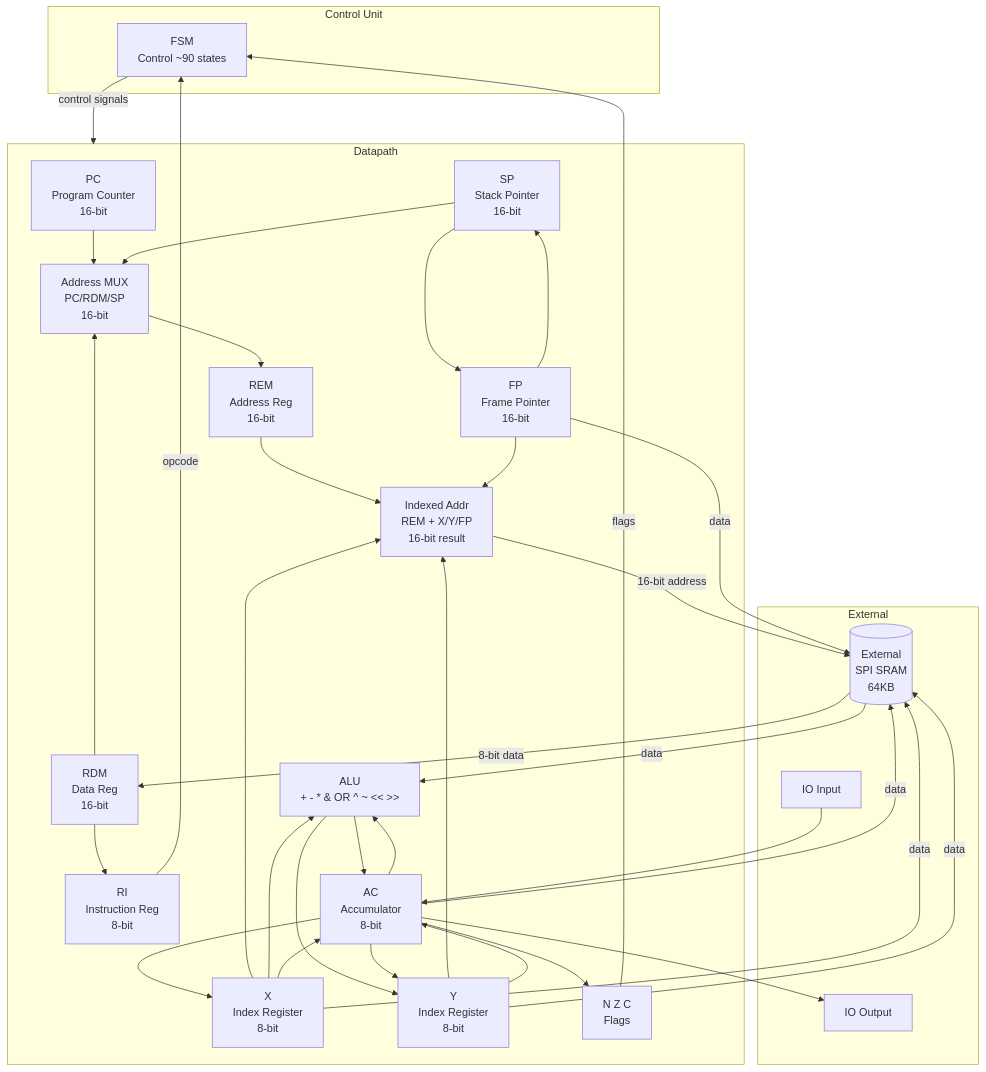
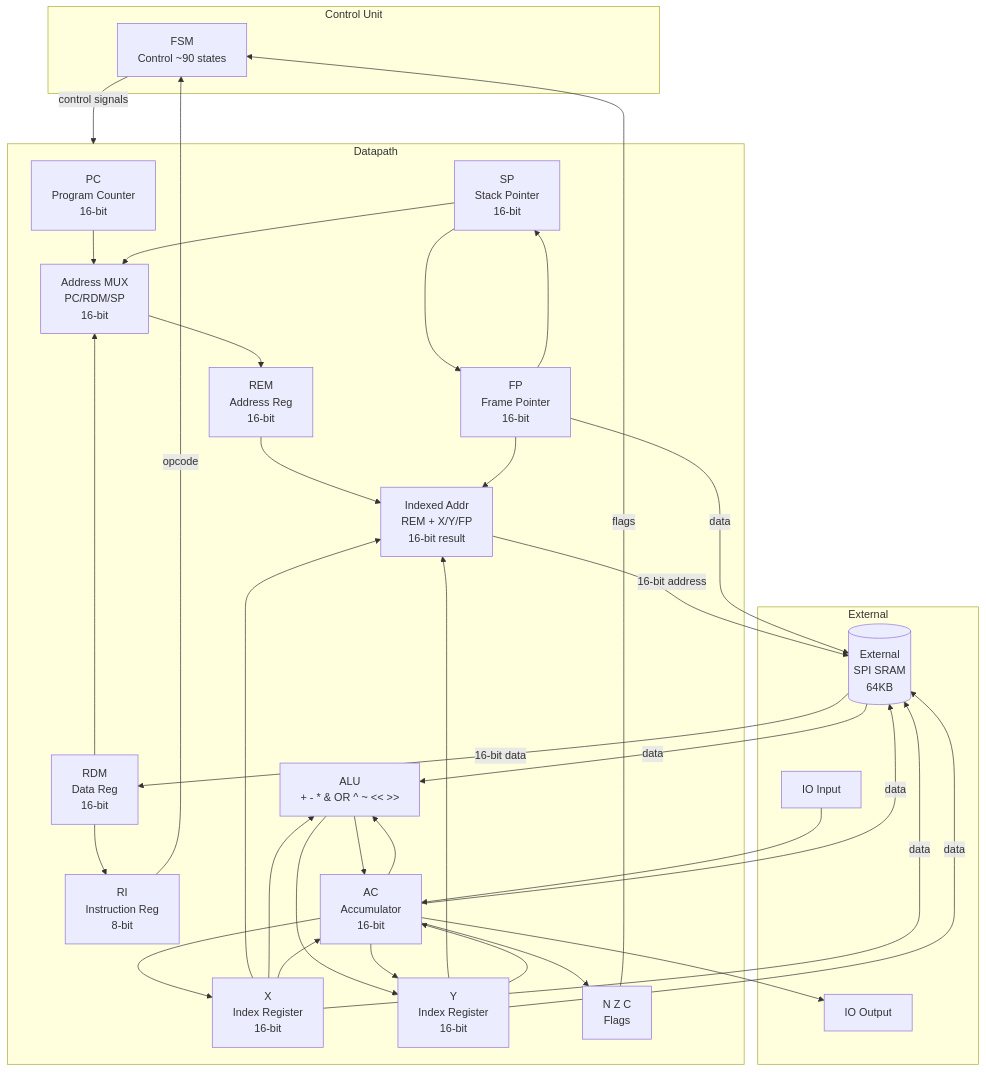
Before and after one commit to leonardoaraujosantos/neander_tinytapeout_2026: the second of 2 diagrams in README.md, drawn with Mermaid. The commit also changed other lines of this file and 10 other files, not shown here.

````diff
--- a/README.md
+++ b/README.md
@@ -385,62 +385,62 @@
 ```mermaid
 graph TB
     subgraph Control Unit
         FSM[FSM<br/>Control ~90 states]
     end
 
     subgraph Datapath
         PC[PC<br/>Program Counter<br/>16-bit]
         SP[SP<br/>Stack Pointer<br/>16-bit]
         FP[FP<br/>Frame Pointer<br/>16-bit]
-        X[X<br/>Index Register<br/>8-bit]
-        Y[Y<br/>Index Register<br/>8-bit]
+        X[X<br/>Index Register<br/>16-bit]
+        Y[Y<br/>Index Register<br/>16-bit]
         RI[RI<br/>Instruction Reg<br/>8-bit]
         REM[REM<br/>Address Reg<br/>16-bit]
         RDM[RDM<br/>Data Reg<br/>16-bit]
-        AC[AC<br/>Accumulator<br/>8-bit]
+        AC[AC<br/>Accumulator<br/>16-bit]
         ALU[ALU<br/>+ - * & OR ^ ~ << >>]
         NZC[N Z C<br/>Flags]
         MUX[Address MUX<br/>PC/RDM/SP<br/>16-bit]
         IDX[Indexed Addr<br/>REM + X/Y/FP<br/>16-bit result]
     end
 
     subgraph External
         RAM[(External<br/>SPI SRAM<br/>64KB)]
         IO_IN[IO Input]
         IO_OUT[IO Output]
     end
 
     FSM -->|control signals| Datapath
     RI -->|opcode| FSM
     NZC -->|flags| FSM
 
     PC --> MUX
     RDM --> MUX
     SP --> MUX
     MUX --> REM
     REM --> IDX
     X --> IDX
     Y --> IDX
     FP --> IDX
     IDX -->|16-bit address| RAM
-    RAM -->|8-bit data| RDM
+    RAM -->|16-bit data| RDM
     RDM --> RI
     AC --> ALU
     X --> ALU
     ALU --> AC
     ALU --> Y
     AC --> X
     AC --> Y
     X --> AC
     Y --> AC
     SP --> FP
     FP --> SP
     RAM -->|data| ALU
     AC --> NZC
     AC -->|data| RAM
     X -->|data| RAM
     Y -->|data| RAM
     FP -->|data| RAM
     IO_IN --> AC
     AC --> IO_OUT
 ```
````
